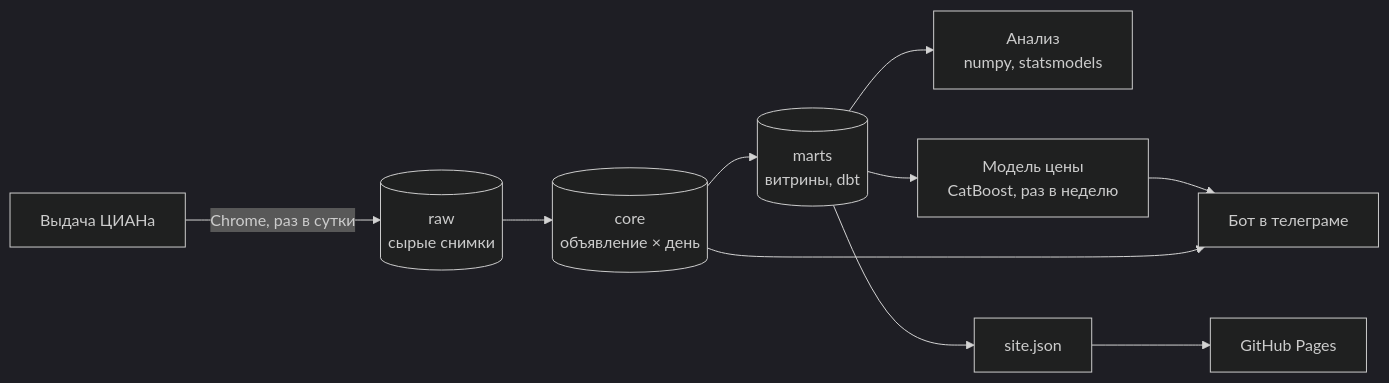
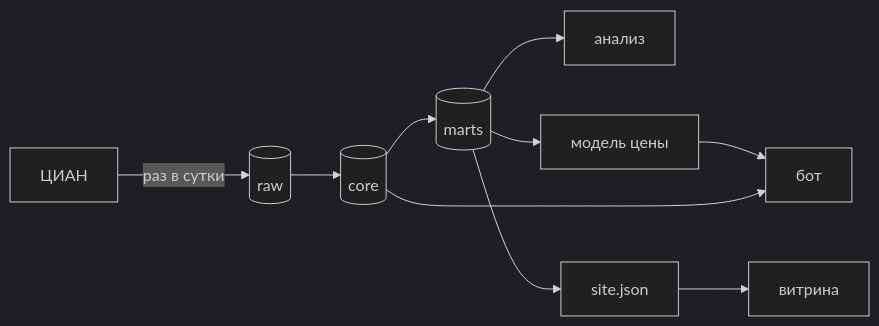
One commit to nata2627/msk-rent-market changed the diagram in README.md. Above: the diagram before and after it, drawn with Mermaid (dark theme). The commit also changed other lines of this file, not shown here.

Commit message:
README: схема без обрезанных подписей, пояснения таблицей

````diff
--- a/README.md
+++ b/README.md
@@ -38,11 +38,12 @@
 ```mermaid
 flowchart LR
-    S[Выдача ЦИАНа] -->|Chrome, раз в сутки| R[(raw<br>сырые снимки)]
-    R --> C[(core<br>объявление × день)]
-    C --> M[(marts<br>витрины, dbt)]
-    M --> A[Анализ<br>numpy, statsmodels]
-    M --> P[Модель цены<br>CatBoost, раз в неделю]
-    P --> B[Бот в телеграме]
+    S[ЦИАН] -->|раз в сутки| R[(raw)]
+    R --> C[(core)]
+    C --> M[(marts)]
+    M --> A[анализ]
+    M --> P[модель цены]
+    P --> B[бот]
     C --> B
-    M --> J[site.json] --> W[GitHub Pages]
+    M --> J[site.json]
+    J --> W[витрина]
 ```
````
